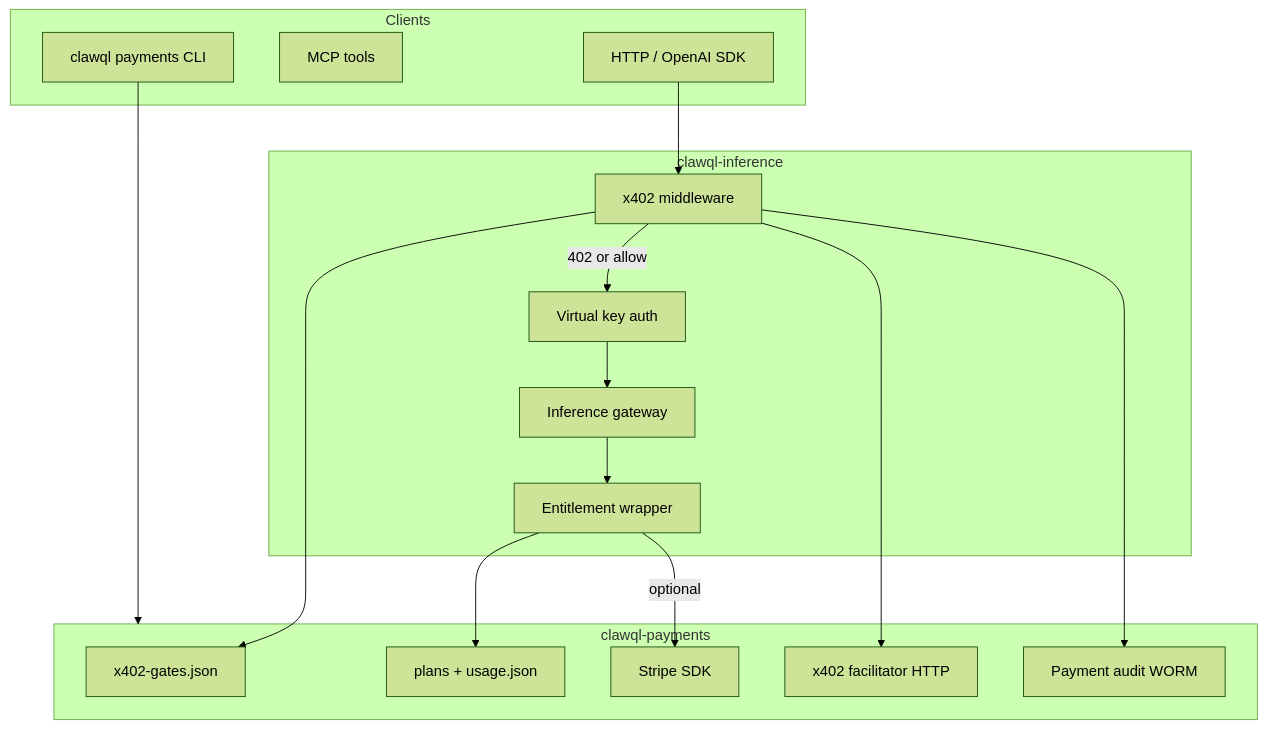
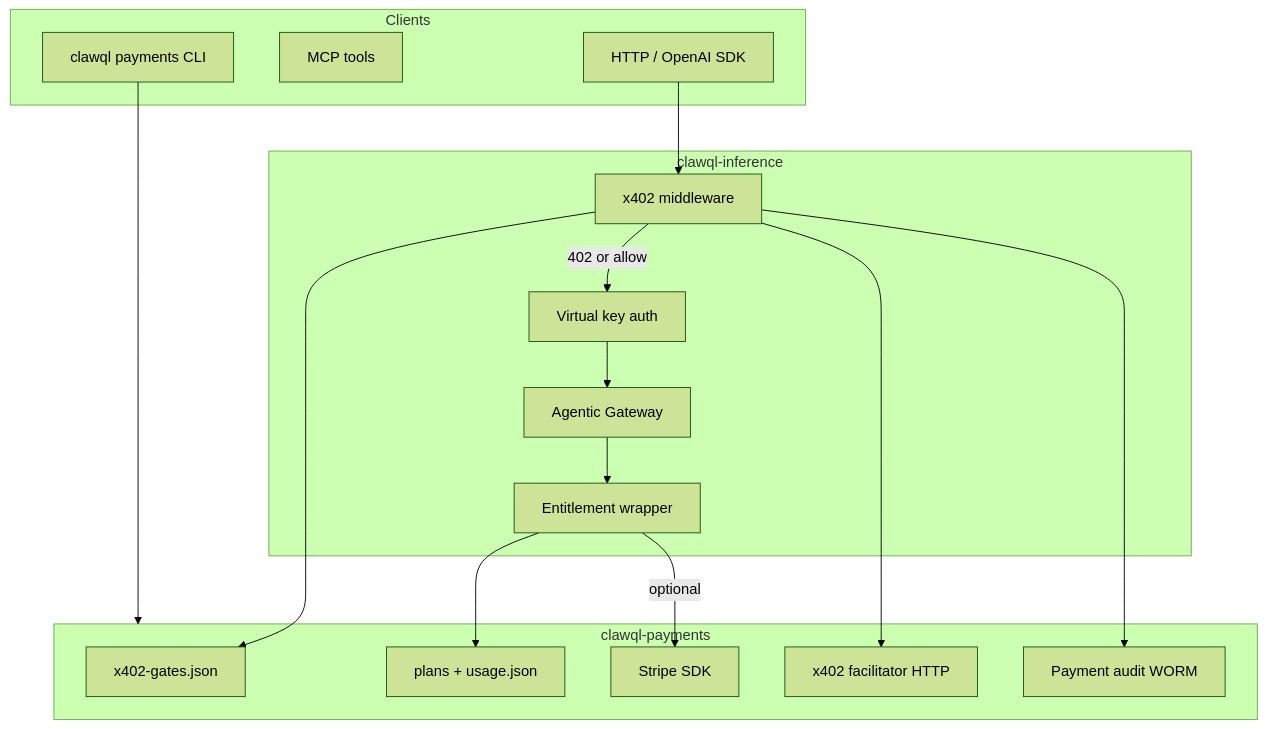
Before and after one commit to danielsmithdevelopment/ClawQL: the first of 2 diagrams in docs/payments/clawql-payments.md, drawn with Mermaid (forest theme). The commit also changed other lines of this file and 65 other files, not shown here.

````diff
--- a/docs/payments/clawql-payments.md
+++ b/docs/payments/clawql-payments.md
@@ -65,34 +65,34 @@
 ```mermaid
 flowchart TB
   subgraph clients [Clients]
     HTTP[HTTP / OpenAI SDK]
     MCP[MCP tools]
     CLI[clawql payments CLI]
   end
 
   subgraph inference [clawql-inference]
     X402MW[x402 middleware]
     Auth[Virtual key auth]
-    GW[Inference gateway]
+    GW[Agentic Gateway]
     Ent[Entitlement wrapper]
   end
 
   subgraph payments [clawql-payments]
     Gates[x402-gates.json]
     Plans[plans + usage.json]
     Stripe[Stripe SDK]
     Fac[x402 facilitator HTTP]
     WORM[Payment audit WORM]
   end
 
   HTTP --> X402MW
   X402MW -->|402 or allow| Auth
   Auth --> GW
   GW --> Ent
   Ent --> Plans
   Ent -->|optional| Stripe
   X402MW --> Gates
   X402MW --> Fac
   X402MW --> WORM
   CLI --> payments
 ```
````
